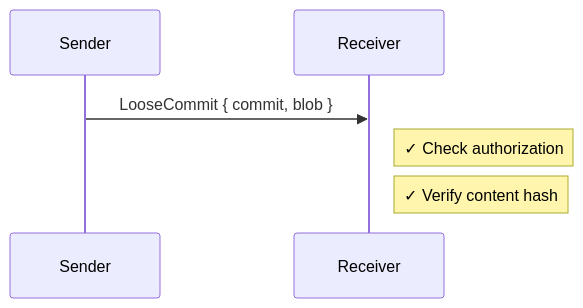
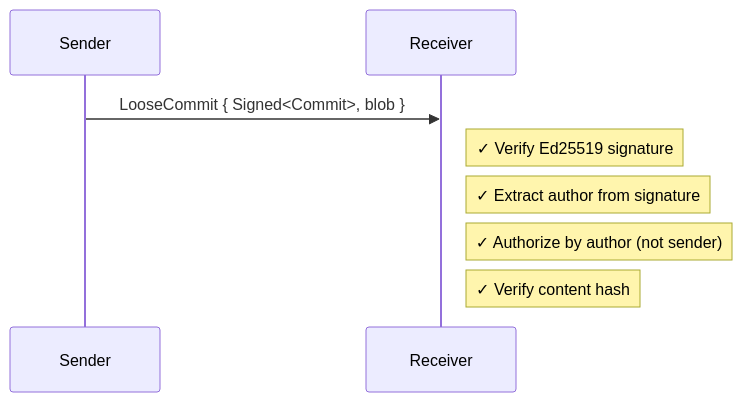
One commit to inkandswitch/subduction changed the third of 3 diagrams in design/security/rationale.md. Above: the diagram before and after it, drawn with Mermaid. The commit also changed other lines of this file and 2 other files, not shown here.

````diff
--- a/design/security/rationale.md
+++ b/design/security/rationale.md
@@ -47,9 +53,11 @@
 ```mermaid
 sequenceDiagram
     participant A as Sender
     participant B as Receiver
 
-    A->>B: LooseCommit { commit, blob }
-    Note right of B: ✓ Check authorization
+    A->>B: LooseCommit { Signed<Commit>, blob }
+    Note right of B: ✓ Verify Ed25519 signature
+    Note right of B: ✓ Extract author from signature
+    Note right of B: ✓ Authorize by author (not sender)
     Note right of B: ✓ Verify content hash
 ```
````
